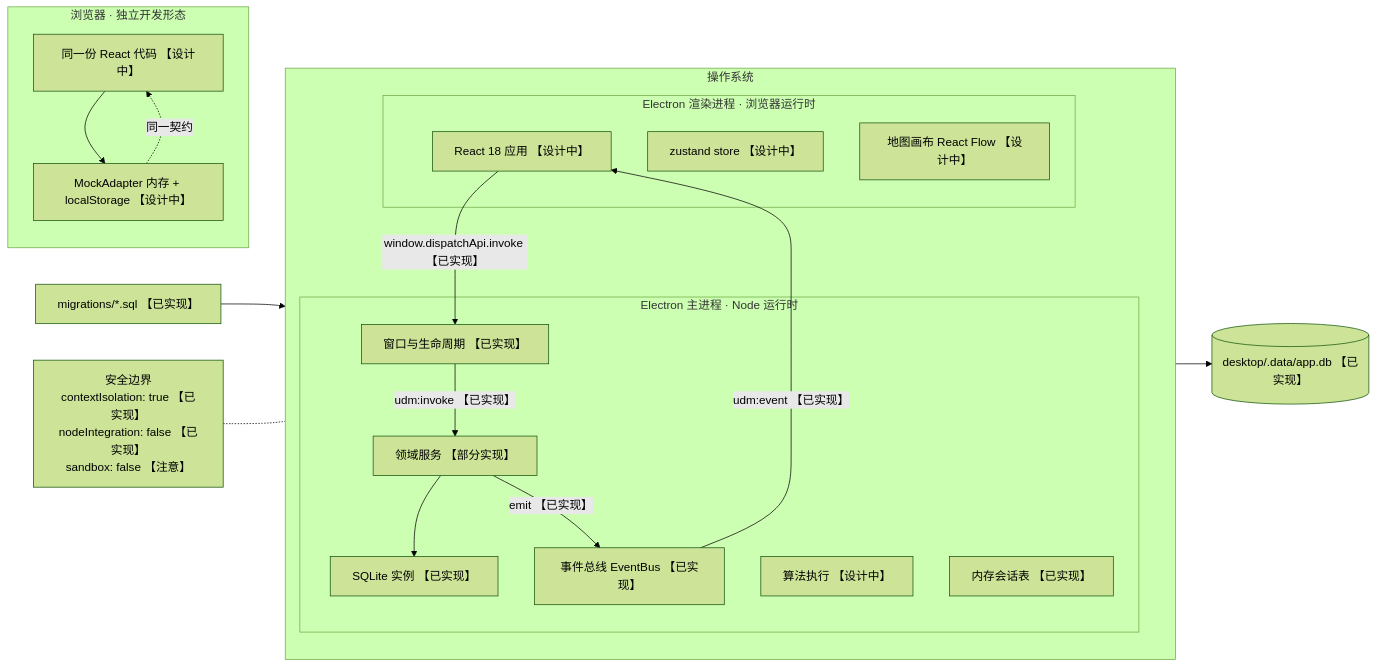
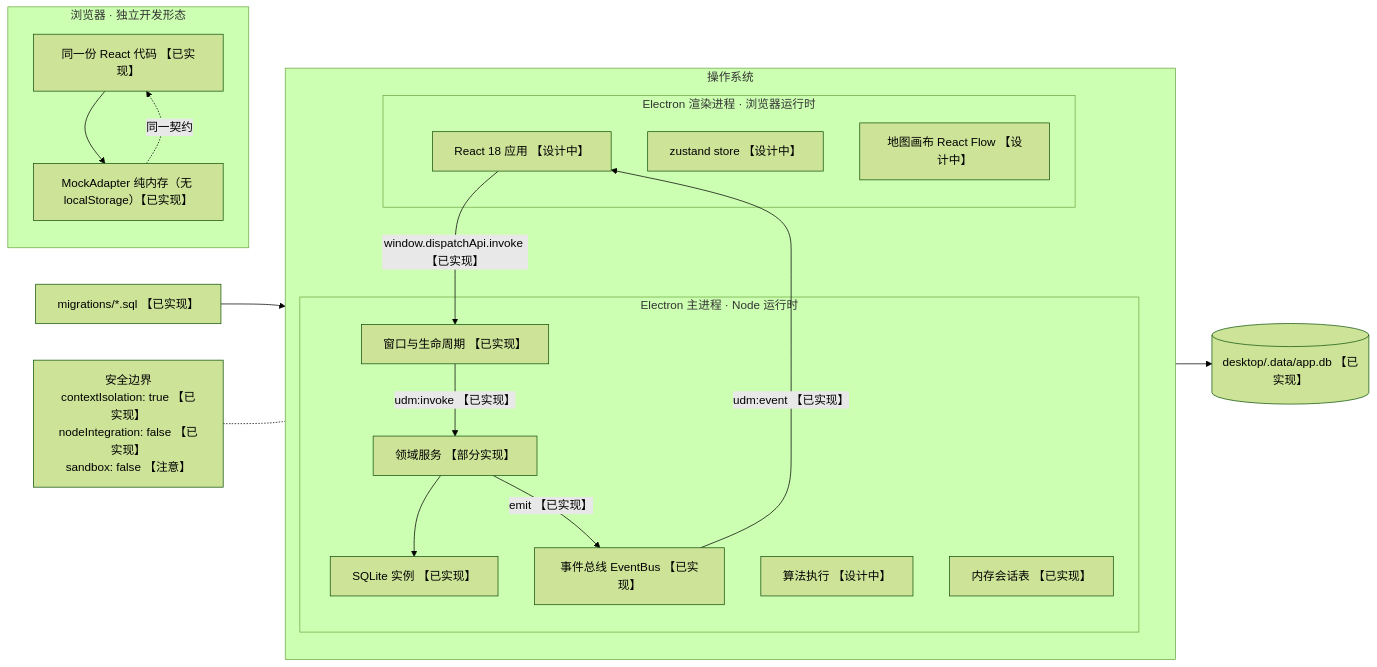
The second of 23 diagrams in docs/architecture.md (sunstflower/831), drawn with Mermaid (forest theme) before and after one commit. The commit also changed other lines of this file and 14 other files, not shown here.

````diff
--- a/docs/architecture.md
+++ b/docs/architecture.md
@@ -109,40 +112,40 @@
 ```mermaid
 flowchart LR
   subgraph OS["操作系统"]
     direction TB
     subgraph MP["Electron 主进程 · Node 运行时"]
       M1["窗口与生命周期 【已实现】"]
       M2["SQLite 实例 【已实现】"]
       M3["领域服务 【部分实现】"]
       M4["算法执行 【设计中】"]
       M5["内存会话表 【已实现】"]
       M6["事件总线 EventBus 【已实现】"]
     end
     subgraph RP["Electron 渲染进程 · 浏览器运行时"]
       R1["React 18 应用 【设计中】"]
       R2["zustand store 【设计中】"]
       R3["地图画布 React Flow 【设计中】"]
     end
   end
 
   subgraph BR["浏览器 · 独立开发形态"]
-    B1["同一份 React 代码 【设计中】"]
-    B2["MockAdapter 内存 + localStorage 【设计中】"]
+    B1["同一份 React 代码 【已实现】"]
+    B2["MockAdapter 纯内存（无 localStorage）【已实现】"]
   end
 
   DB[("desktop/.data/app.db 【已实现】")]
   MIG["migrations/*.sql 【已实现】"]
 
   M2 --> DB
   MIG --> M2
   R1 -->|"window.dispatchApi.invoke 【已实现】"| M1
   M1 -->|"udm:invoke 【已实现】"| M3
   M3 --> M2
   M3 -->|"emit 【已实现】"| M6
   M6 -->|"udm:event 【已实现】"| R1
   B1 --> B2
   B2 -.同一契约.-> B1
 
   SEC["安全边界<br/>contextIsolation: true 【已实现】<br/>nodeIntegration: false 【已实现】<br/>sandbox: false 【注意】"]
   SEC -.- M1
 ```
````
